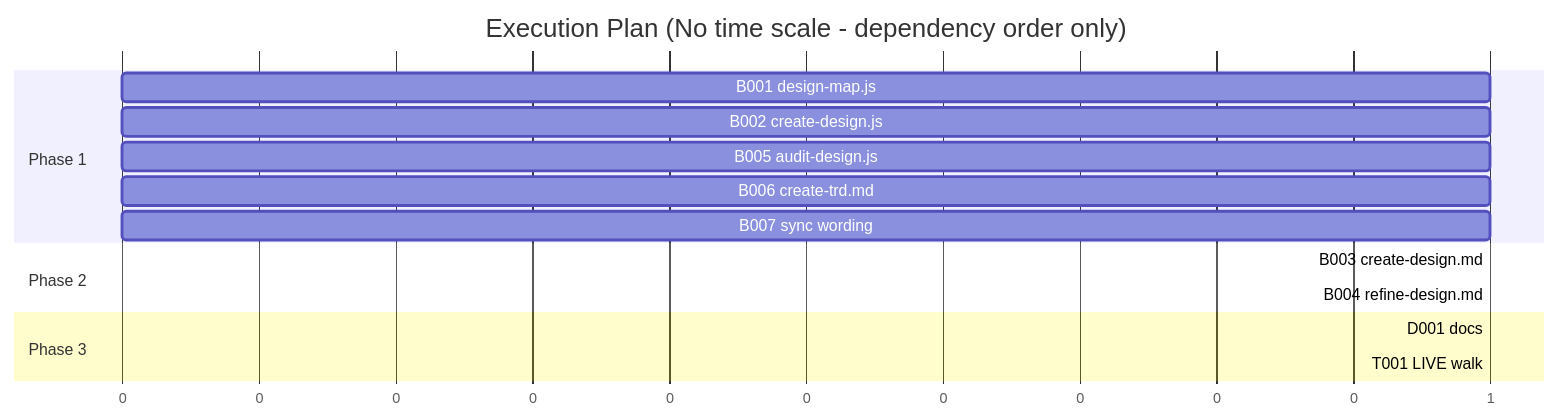
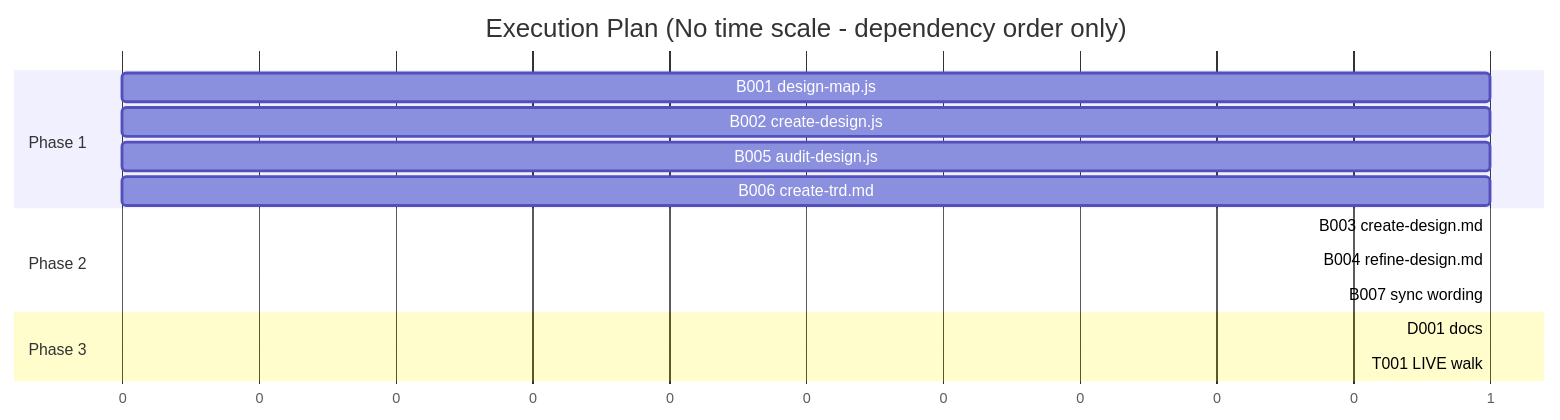
One commit to FortiumPartners/ensemble-vnext changed the second of 2 diagrams in docs/TRD/design-orchestration.md. Above: the diagram before and after it, drawn with Mermaid. The commit also changed other lines of this file, not shown here.

First line of the commit message:
docs(design-orchestration): apply /audit-trd corrections (TRD 1.0.2)

````diff
--- a/docs/TRD/design-orchestration.md
+++ b/docs/TRD/design-orchestration.md
@@ -320,21 +332,21 @@
 ```mermaid
 gantt
     title Execution Plan (No time scale - dependency order only)
     dateFormat X
     axisFormat %s
 
     section Phase 1
     B001 design-map.js: b1, 0, 1
     B002 create-design.js: b2, 0, 1
     B005 audit-design.js: b5, 0, 1
     B006 create-trd.md: b6, 0, 1
-    B007 sync wording: b7, 0, 1
 
     section Phase 2
     B003 create-design.md: b3, after b2, 1
-    B004 refine-design.md: b4, after b1 b2, 1
+    B004 refine-design.md: b4, after b1, 1
+    B007 sync wording: b7, after b5, 1
 
     section Phase 3
     D001 docs: d1, after b3 b4 b5 b6 b7, 1
     T001 LIVE walk: t1, after b3 b4 b5 b6, 1
 ```
````
